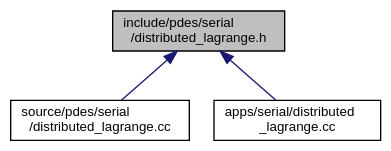
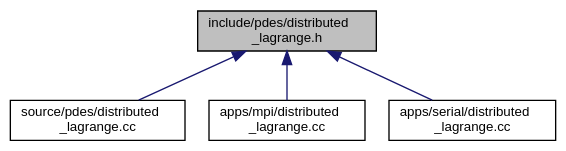
Before and after one commit to luca-heltai/fsi-suite: the diagram in distributed__lagrange_8h__dep__incl.dot, drawn with Graphviz. The commit also changed 899 other files, not shown here.

```diff
--- a/distributed__lagrange_8h__dep__incl.dot
+++ b/distributed__lagrange_8h__dep__incl.dot
@@ -1,12 +1,14 @@
-digraph "include/pdes/serial/distributed_lagrange.h"
+digraph "include/pdes/distributed_lagrange.h"
 {
  // LATEX_PDF_SIZE
   bgcolor="transparent";
   edge [fontname="Helvetica",fontsize="10",labelfontname="Helvetica",labelfontsize="10"];
   node [fontname="Helvetica",fontsize="10",shape=record];
-  Node1 [label="include/pdes/serial\l/distributed_lagrange.h",height=0.2,width=0.4,color="black", fillcolor="grey75", style="filled", fontcolor="black",tooltip=" "];
+  Node1 [label="include/pdes/distributed\l_lagrange.h",height=0.2,width=0.4,color="black", fillcolor="grey75", style="filled", fontcolor="black",tooltip=" "];
   Node1 -> Node2 [dir="back",color="midnightblue",fontsize="10",style="solid",fontname="Helvetica"];
-  Node2 [label="source/pdes/serial\l/distributed_lagrange.cc",height=0.2,width=0.4,color="black",URL="$source_2pdes_2serial_2distributed__lagrange_8cc.html",tooltip=" "];
+  Node2 [label="source/pdes/distributed\l_lagrange.cc",height=0.2,width=0.4,color="black",URL="$source_2pdes_2distributed__lagrange_8cc.html",tooltip=" "];
   Node1 -> Node3 [dir="back",color="midnightblue",fontsize="10",style="solid",fontname="Helvetica"];
-  Node3 [label="apps/serial/distributed\l_lagrange.cc",height=0.2,width=0.4,color="black",URL="$apps_2serial_2distributed__lagrange_8cc.html",tooltip=" "];
+  Node3 [label="apps/mpi/distributed\l_lagrange.cc",height=0.2,width=0.4,color="black",URL="$apps_2mpi_2distributed__lagrange_8cc.html",tooltip=" "];
+  Node1 -> Node4 [dir="back",color="midnightblue",fontsize="10",style="solid",fontname="Helvetica"];
+  Node4 [label="apps/serial/distributed\l_lagrange.cc",height=0.2,width=0.4,color="black",URL="$apps_2serial_2distributed__lagrange_8cc.html",tooltip=" "];
 }
```
